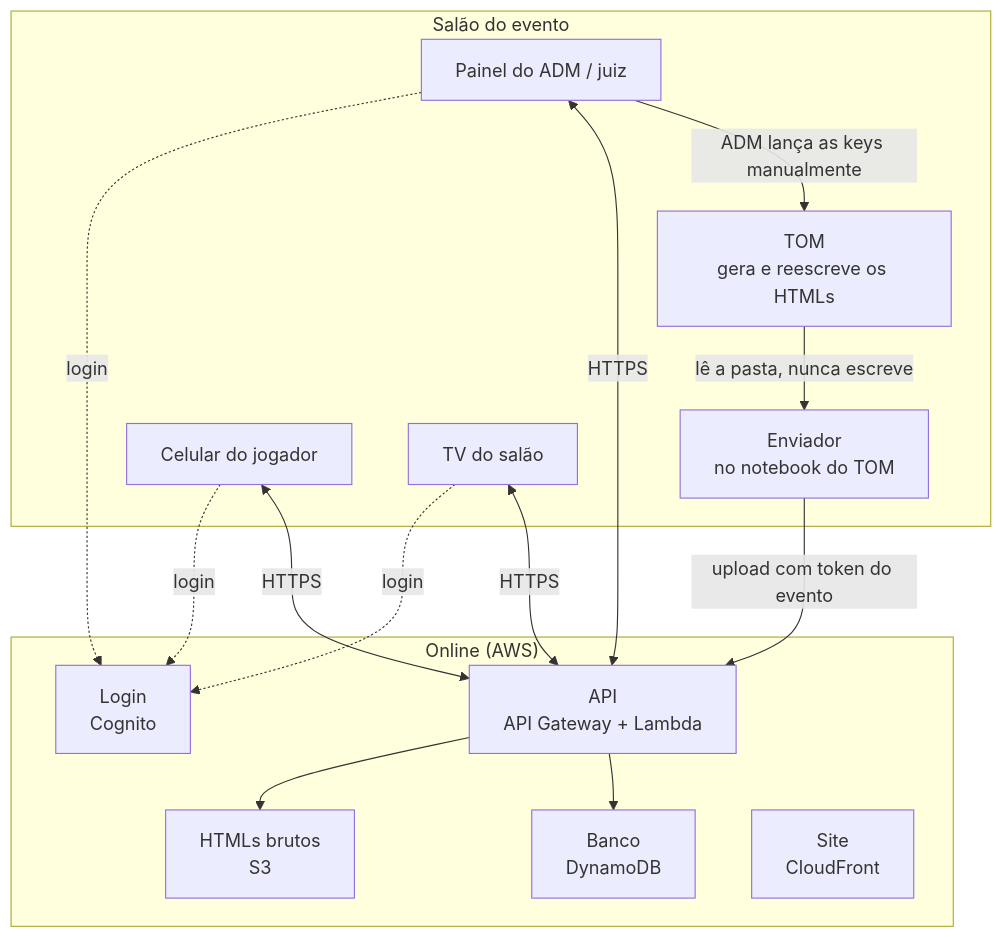
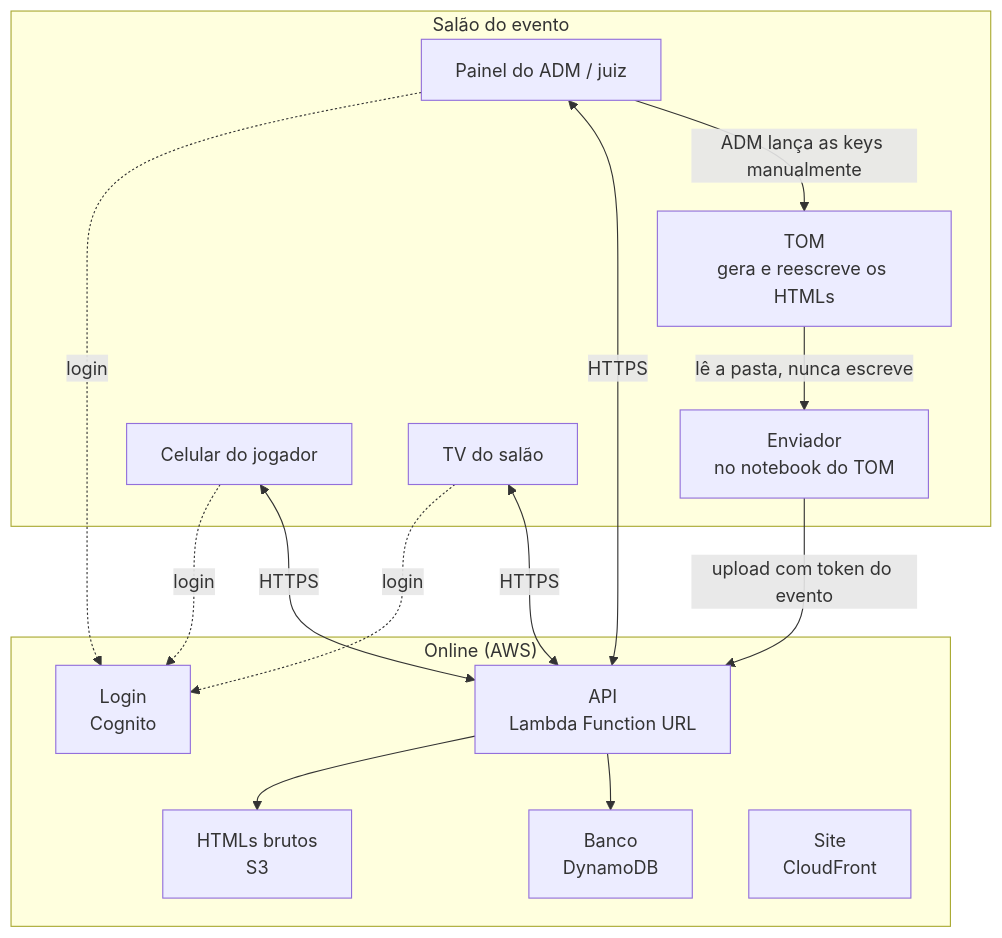
The first of 2 diagrams in docs/spec-tom.md (EduFiguered0/TOM), drawn with Mermaid before and after one commit. The commit also changed other lines of this file and 7 other files, not shown here.

````diff
--- a/docs/spec-tom.md
+++ b/docs/spec-tom.md
@@ -23,24 +23,24 @@
 ```mermaid
 flowchart TB
   subgraph SALAO["Salão do evento"]
     TOM["TOM<br/>gera e reescreve os HTMLs"] -->|lê a pasta, nunca escreve| ENV["Enviador<br/>no notebook do TOM"]
     CEL["Celular do jogador"]
     TV["TV do salão"]
     ADM["Painel do ADM / juiz"]
     ADM -->|ADM lança as keys manualmente| TOM
   end
   subgraph AWS["Online (AWS)"]
-    API["API<br/>API Gateway + Lambda"]
+    API["API<br/>Lambda Function URL"]
     AUTH["Login<br/>Cognito"]
     DB["Banco<br/>DynamoDB"]
     S3["HTMLs brutos<br/>S3"]
     WEB["Site<br/>CloudFront"]
     API --> DB
     API --> S3
   end
   ENV -->|upload com token do evento| API
   CEL <-->|HTTPS| API
   TV <-->|HTTPS| API
   ADM <-->|HTTPS| API
   CEL & TV & ADM -.->|login| AUTH
 ```
````
